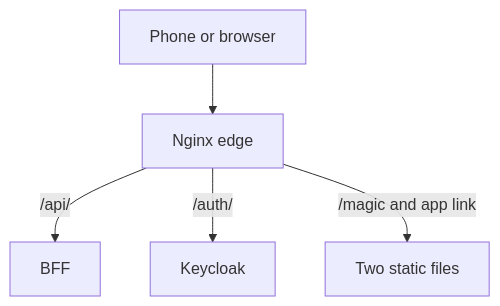
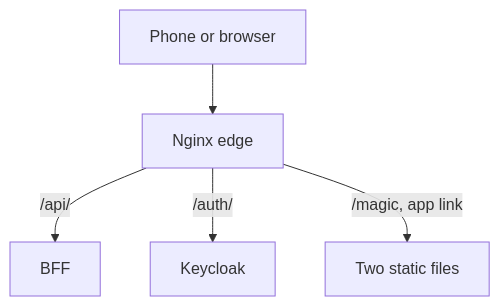
Before and after one commit to ravialdyh/my-money-recap-monorepo: the diagram in infra/nginx/README.md, drawn with Mermaid. The commit also changed other lines of this file and 16 other files, not shown here.

````diff
--- a/infra/nginx/README.md
+++ b/infra/nginx/README.md
@@ -10,12 +11,12 @@
 ```mermaid
 flowchart TD
     phone["Phone or browser"]
     nginx["Nginx edge"]
     bff["BFF"]
     keycloak["Keycloak"]
     files["Two static files"]
     phone --> nginx
     nginx -- "/api/" --> bff
     nginx -- "/auth/" --> keycloak
-    nginx -- "/magic and app link" --> files
+    nginx -- "/magic, app link" --> files
 ```
````
